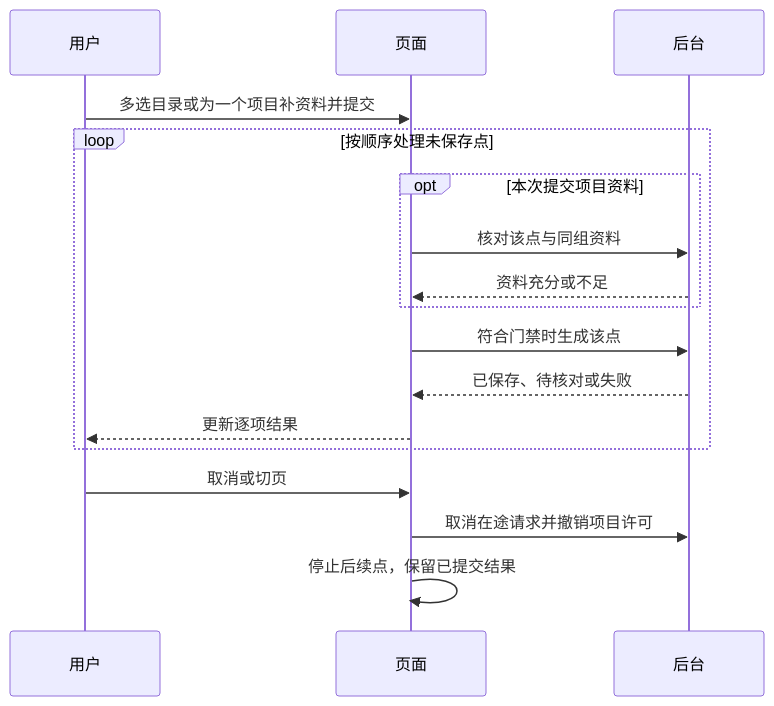
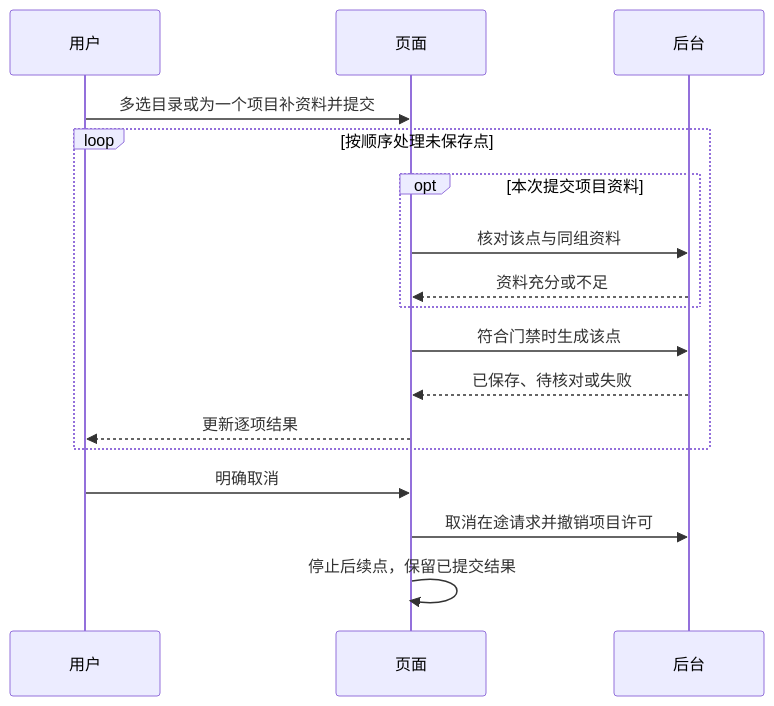
One commit to 20050404yxc-collab/KnowledgeBase changed the fourth of 6 diagrams in docs/确认页/个人知识库/产品方案.md. Above: the diagram before and after it, drawn with Mermaid. The commit also changed other lines of this file and 58 other files, not shown here.

````diff
--- a/docs/确认页/个人知识库/产品方案.md
+++ b/docs/确认页/个人知识库/产品方案.md
@@ -400,19 +400,19 @@
 ```mermaid
 sequenceDiagram
     participant 用户
     participant 页面
     participant 后台
     用户->>页面: 多选目录或为一个项目补资料并提交
     loop 按顺序处理未保存点
         opt 本次提交项目资料
             页面->>后台: 核对该点与同组资料
             后台-->>页面: 资料充分或不足
         end
         页面->>后台: 符合门禁时生成该点
         后台-->>页面: 已保存、待核对或失败
         页面-->>用户: 更新逐项结果
     end
-    用户->>页面: 取消或切页
+    用户->>页面: 明确取消
     页面->>后台: 取消在途请求并撤销项目许可
     页面->>页面: 停止后续点，保留已提交结果
 ```
````
